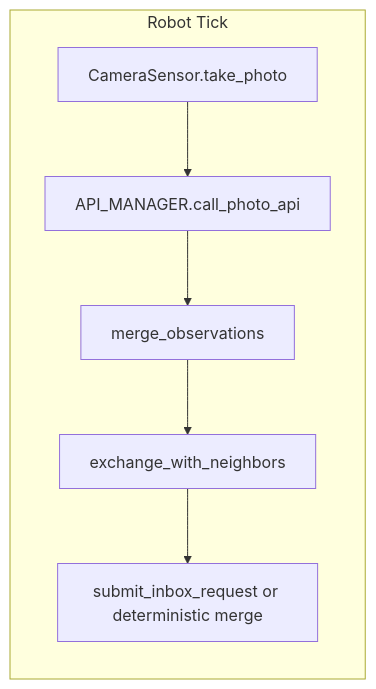
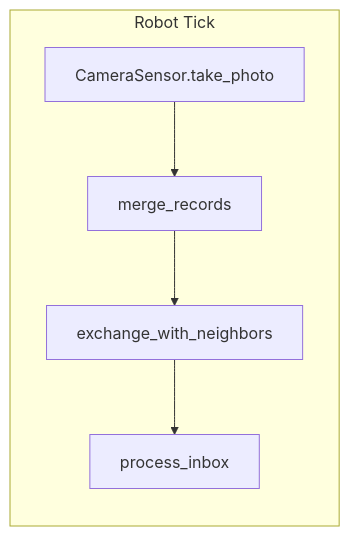
Before and after one commit to RetamalVictor/llm-swarm-environmental-perception: the first of 2 diagrams in docs/architecture.md, drawn with Mermaid. The commit also changed other lines of this file and 5 other files, not shown here.

````diff
--- a/docs/architecture.md
+++ b/docs/architecture.md
@@ -7,11 +7,10 @@
 ```mermaid
 flowchart LR
   subgraph robotTick [Robot Tick]
     takePhoto[CameraSensor.take_photo]
-    selfPrompt[API_MANAGER.call_photo_api]
-    mergeSelf[merge_observations]
+    mergeSelf[merge_records]
     broadcast[exchange_with_neighbors]
-    inboxMerge[submit_inbox_request or deterministic merge]
-    takePhoto --> selfPrompt --> mergeSelf --> broadcast --> inboxMerge
+    inboxMerge[process_inbox]
+    takePhoto --> mergeSelf --> broadcast --> inboxMerge
   end
 ```
````
